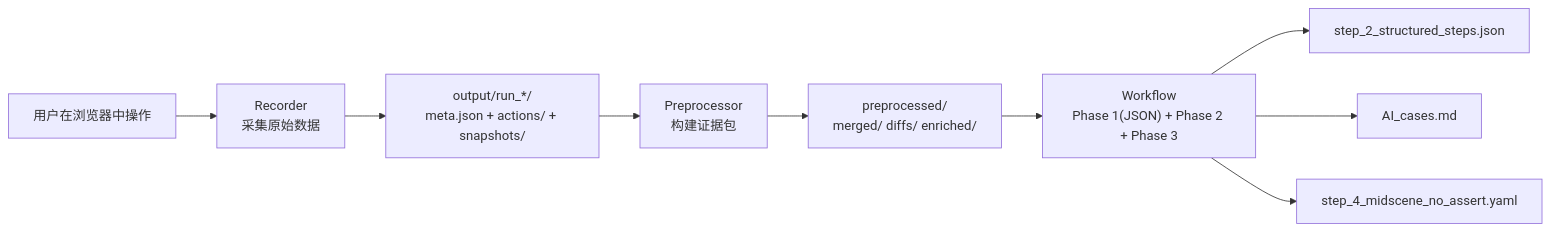
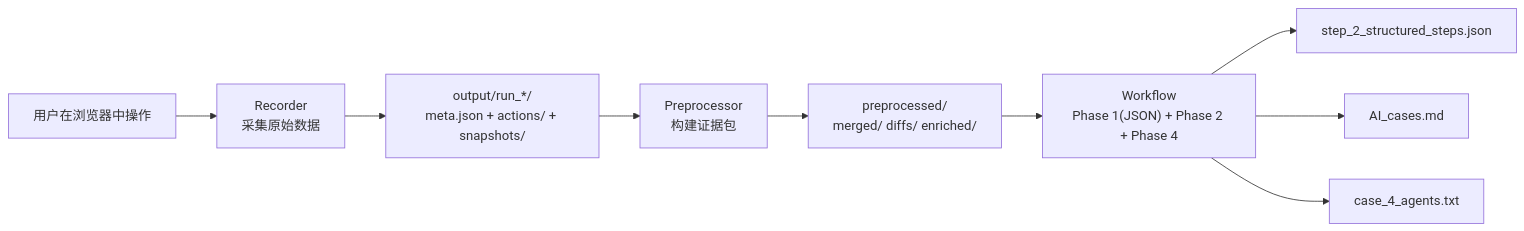
One commit to StupidArthur/ai_ui_recorder changed the diagram in doc/design.md. Above: the diagram before and after it, drawn with Mermaid. The commit also changed other lines of this file and 29 other files, not shown here.

````diff
--- a/doc/design.md
+++ b/doc/design.md
@@ -50,11 +50,11 @@
 ```mermaid
 flowchart LR
   U["用户在浏览器中操作"] --> R["Recorder<br/>采集原始数据"]
   R --> FS["output/run_*/<br/>meta.json + actions/ + snapshots/"]
   FS --> P["Preprocessor<br/>构建证据包"]
   P --> E["preprocessed/<br/>merged/ diffs/ enriched/"]
-  E --> W["Workflow<br/>Phase 1(JSON) + Phase 2 + Phase 3"]
+  E --> W["Workflow<br/>Phase 1(JSON) + Phase 2 + Phase 4"]
   W --> O1["step_2_structured_steps.json"]
   W --> O2["AI_cases.md"]
-  W --> O3["step_4_midscene_no_assert.yaml"]
+  W --> O3["case_4_agents.txt"]
 ```
````
